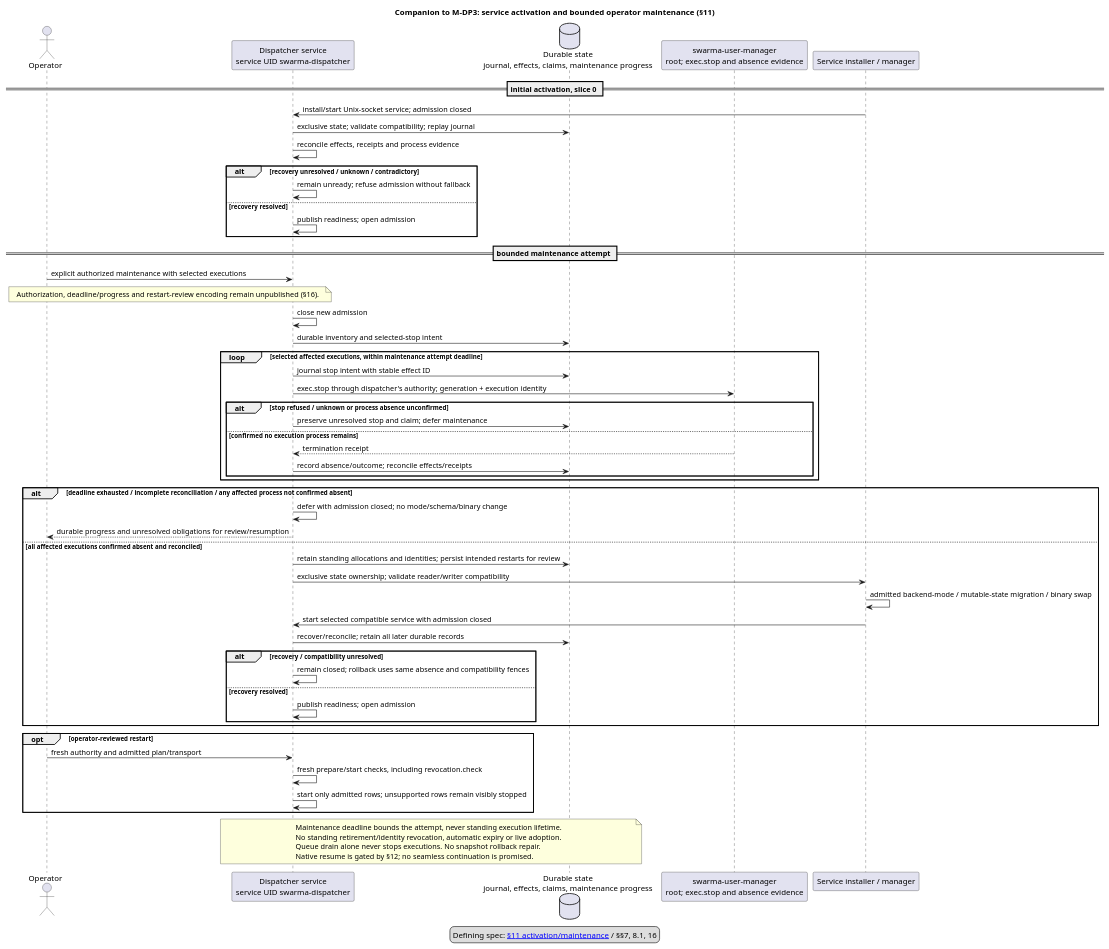
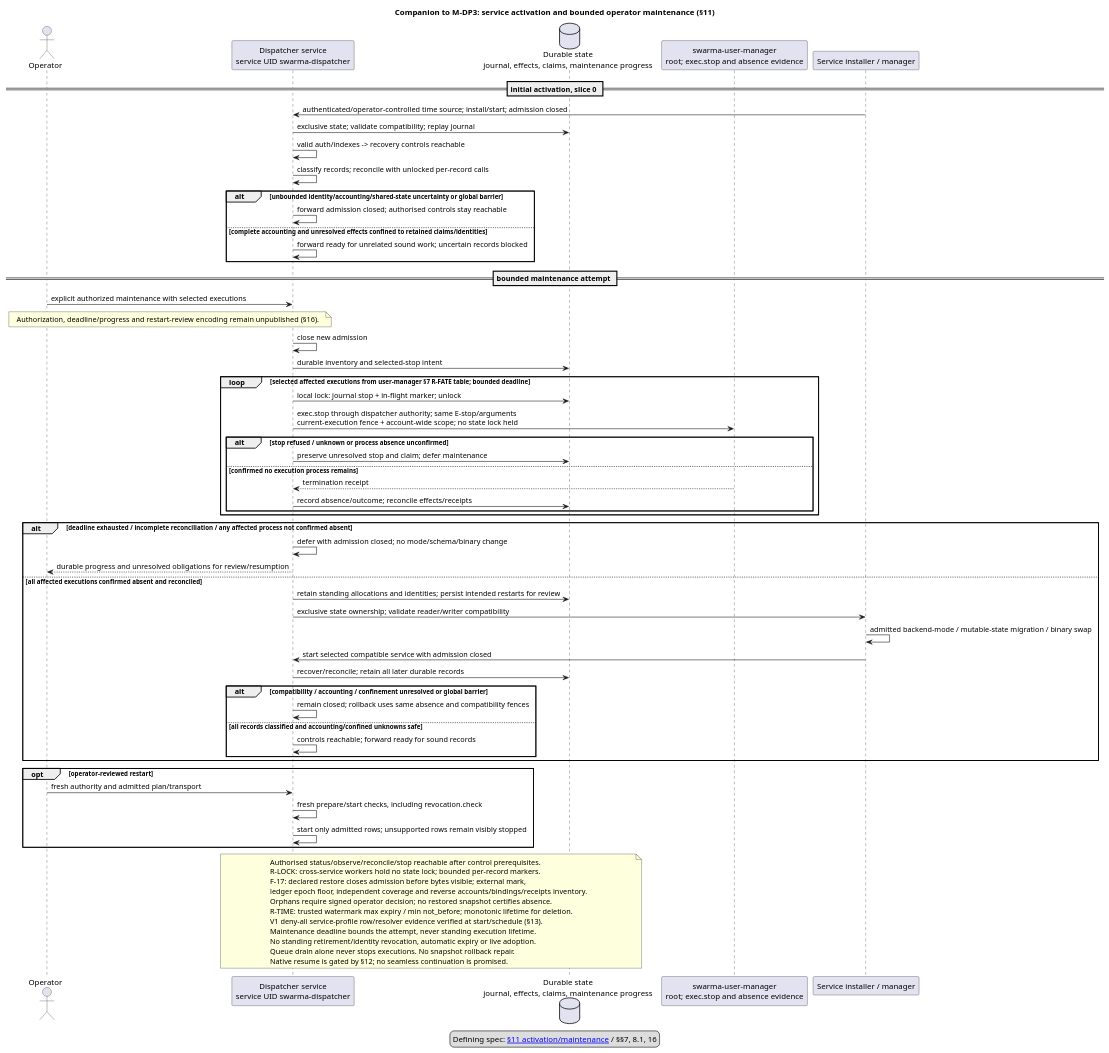
Before and after one commit to relux-works/curator-dispatcher: the diagram in diagrams/activation.puml, drawn with PlantUML. The commit also changed 10 other files, not shown here.

```diff
--- a/diagrams/activation.puml
+++ b/diagrams/activation.puml
@@ -1,61 +1,69 @@
 @startuml activation
 title Companion to M-DP3: service activation and bounded operator maintenance (§11)
 actor "Operator" as O
 participant "Dispatcher service\nservice UID swarma-dispatcher" as D
 database "Durable state\njournal, effects, claims, maintenance progress" as J
 participant "swarma-user-manager\nroot; exec.stop and absence evidence" as H
 participant "Service installer / manager" as I
 == initial activation, slice 0 ==
-I -> D : install/start Unix-socket service; admission closed
+I -> D : authenticated/operator-controlled time source; install/start; admission closed
 D -> J : exclusive state; validate compatibility; replay journal
-D -> D : reconcile effects, receipts and process evidence
-alt recovery unresolved / unknown / contradictory
-  D -> D : remain unready; refuse admission without fallback
-else recovery resolved
-  D -> D : publish readiness; open admission
+D -> D : valid auth/indexes -> recovery controls reachable
+D -> D : classify records; reconcile with unlocked per-record calls
+alt unbounded identity/accounting/shared-state uncertainty or global barrier
+  D -> D : forward admission closed; authorised controls stay reachable
+else complete accounting and unresolved effects confined to retained claims/identities
+  D -> D : forward ready for unrelated sound work; uncertain records blocked
 end
 == bounded maintenance attempt ==
 O -> D : explicit authorized maintenance with selected executions
 note over O,D : Authorization, deadline/progress and restart-review encoding remain unpublished (§16).
 D -> D : close new admission
 D -> J : durable inventory and selected-stop intent
-loop selected affected executions, within maintenance attempt deadline
-  D -> J : journal stop intent with stable effect ID
-  D -> H : exec.stop through dispatcher's authority; generation + execution identity
+loop selected affected executions from user-manager §7 R-FATE table; bounded deadline
+  D -> J : local lock: journal stop + in-flight marker; unlock
+  D -> H : exec.stop through dispatcher authority; same E-stop/arguments\ncurrent-execution fence + account-wide scope; no state lock held
   alt stop refused / unknown or process absence unconfirmed
     D -> J : preserve unresolved stop and claim; defer maintenance
   else confirmed no execution process remains
     H --> D : termination receipt
     D -> J : record absence/outcome; reconcile effects/receipts
   end
 end
 alt deadline exhausted / incomplete reconciliation / any affected process not confirmed absent
   D -> D : defer with admission closed; no mode/schema/binary change
   D --> O : durable progress and unresolved obligations for review/resumption
 else all affected executions confirmed absent and reconciled
   D -> J : retain standing allocations and identities; persist intended restarts for review
   D -> I : exclusive state ownership; validate reader/writer compatibility
   I -> I : admitted backend-mode / mutable-state migration / binary swap
   I -> D : start selected compatible service with admission closed
   D -> J : recover/reconcile; retain all later durable records
-  alt recovery / compatibility unresolved
+  alt compatibility / accounting / confinement unresolved or global barrier
     D -> D : remain closed; rollback uses same absence and compatibility fences
-  else recovery resolved
-    D -> D : publish readiness; open admission
+  else all records classified and accounting/confined unknowns safe
+    D -> D : controls reachable; forward ready for sound records
   end
 end
 opt operator-reviewed restart
   O -> D : fresh authority and admitted plan/transport
   D -> D : fresh prepare/start checks, including revocation.check
   D -> D : start only admitted rows; unsupported rows remain visibly stopped
 end
 note over D,J
+  Authorised status/observe/reconcile/stop reachable after control prerequisites.
+  R-LOCK: cross-service workers hold no state lock; bounded per-record markers.
+  F-17: declared restore closes admission before bytes visible; external mark,
+  ledger epoch floor, independent coverage and reverse accounts/bindings/receipts inventory.
+  Orphans require signed operator decision; no restored snapshot certifies absence.
+  R-TIME: trusted watermark max expiry / min not_before; monotonic lifetime for deletion.
+  V1 deny-all service-profile row/resolver evidence verified at start/schedule (§13).
   Maintenance deadline bounds the attempt, never standing execution lifetime.
   No standing retirement/identity revocation, automatic expiry or live adoption.
   Queue drain alone never stops executions. No snapshot rollback repair.
   Native resume is gated by §12; no seamless continuation is promised.
 end note
 legend
   Defining spec: [[https://github.com/relux-works/swarma-dispatcher/blob/main/spec/dispatcher.md#11-installation-and-activation §11 activation/maintenance]] / §§7, 8.1, 16
 endlegend
 @enduml
```
